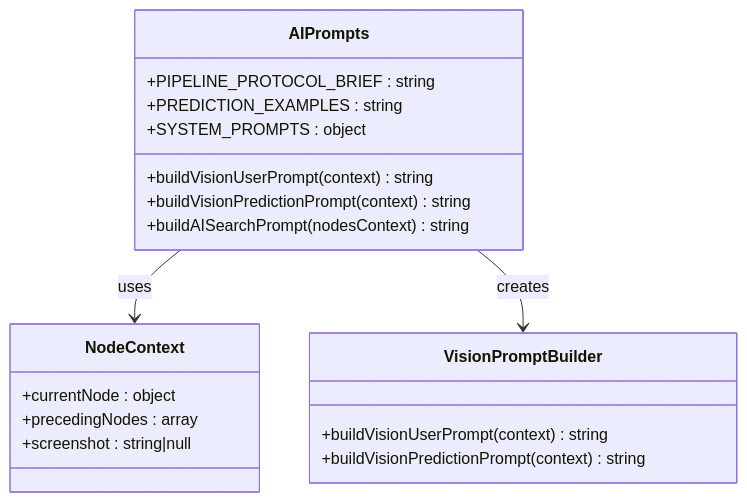
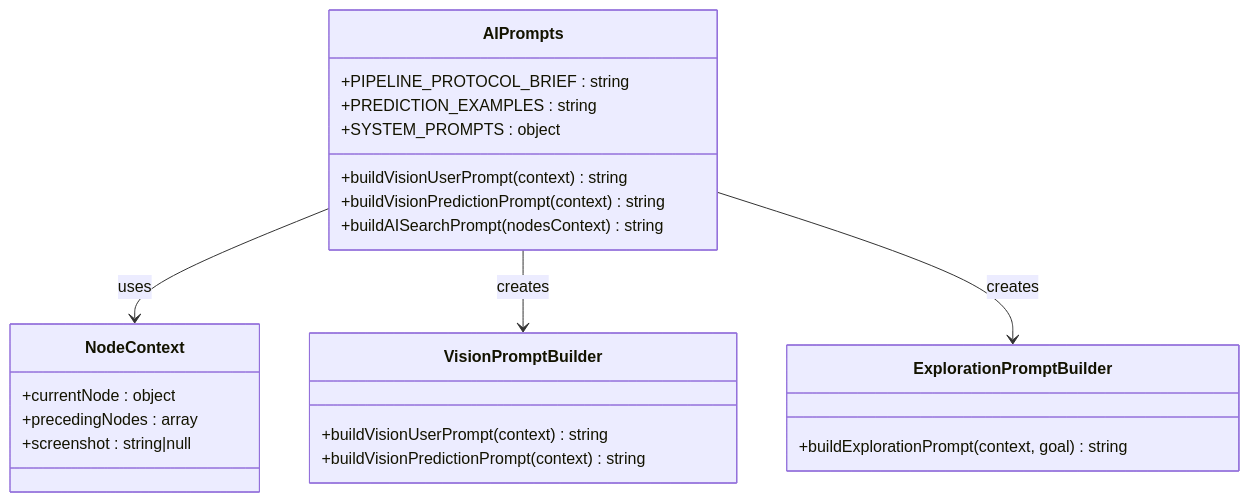
Before and after one commit to kqcoxn/MaaPipelineEditor: the sixth of 11 diagrams in .qoder/repowiki/zh/content/AI辅助功能/AI辅助功能.md, drawn with Mermaid. The commit also changed other lines of this file and 8 other files, not shown here.

````diff
--- a/.qoder/repowiki/zh/content/AI辅助功能/AI辅助功能.md
+++ b/.qoder/repowiki/zh/content/AI辅助功能/AI辅助功能.md
@@ -229,22 +304,26 @@
 ```mermaid
 classDiagram
 class AIPrompts {
 +PIPELINE_PROTOCOL_BRIEF : string
 +PREDICTION_EXAMPLES : string
 +SYSTEM_PROMPTS : object
 +buildVisionUserPrompt(context) string
 +buildVisionPredictionPrompt(context) string
 +buildAISearchPrompt(nodesContext) string
+}
+class ExplorationPromptBuilder {
++buildExplorationPrompt(context, goal) string
 }
 class NodeContext {
 +currentNode : object
 +precedingNodes : array
 +screenshot : string|null
 }
 class VisionPromptBuilder {
 +buildVisionUserPrompt(context) string
 +buildVisionPredictionPrompt(context) string
 }
 AIPrompts --> NodeContext : uses
 AIPrompts --> VisionPromptBuilder : creates
+AIPrompts --> ExplorationPromptBuilder : creates
 ```
````
